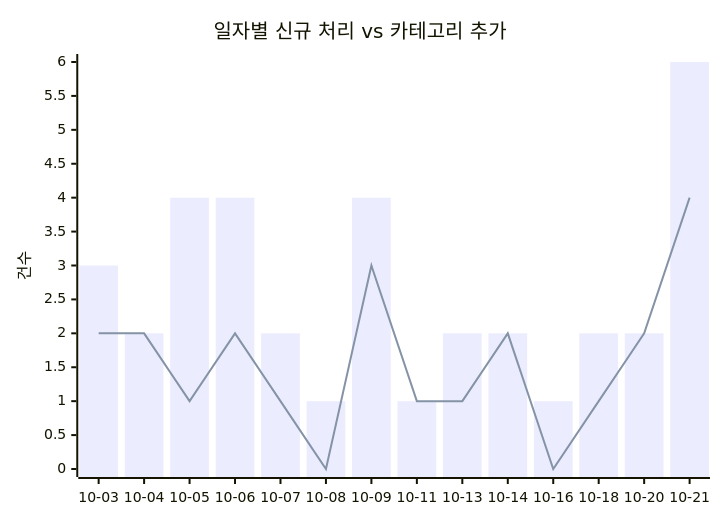
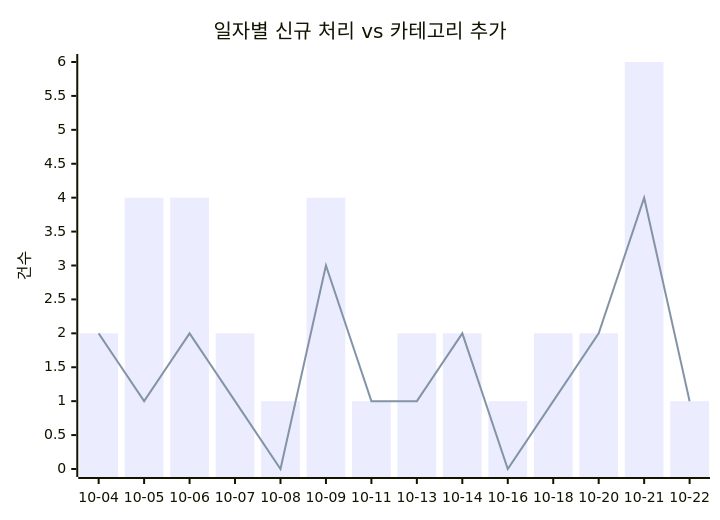
One commit to J-nowcow/awesome-korean-agent-skills changed the first of 2 diagrams in docs/trends.md. Above: the diagram before and after it, drawn with Mermaid. The commit also changed other lines of this file and 4 other files, not shown here.

````diff
--- a/docs/trends.md
+++ b/docs/trends.md
@@ -32,8 +32,8 @@
 ```mermaid
 xychart-beta
     title "일자별 신규 처리 vs 카테고리 추가"
-    x-axis ["10-03","10-04","10-05","10-06","10-07","10-08","10-09","10-11","10-13","10-14","10-16","10-18","10-20","10-21"]
+    x-axis ["10-04","10-05","10-06","10-07","10-08","10-09","10-11","10-13","10-14","10-16","10-18","10-20","10-21","10-22"]
     y-axis "건수"
-    bar [3,2,4,4,2,1,4,1,2,2,1,2,2,6]
-    line [2,2,1,2,1,0,3,1,1,2,0,1,2,4]
+    bar [2,4,4,2,1,4,1,2,2,1,2,2,6,1]
+    line [2,1,2,1,0,3,1,1,2,0,1,2,4,1]
 ```
````
